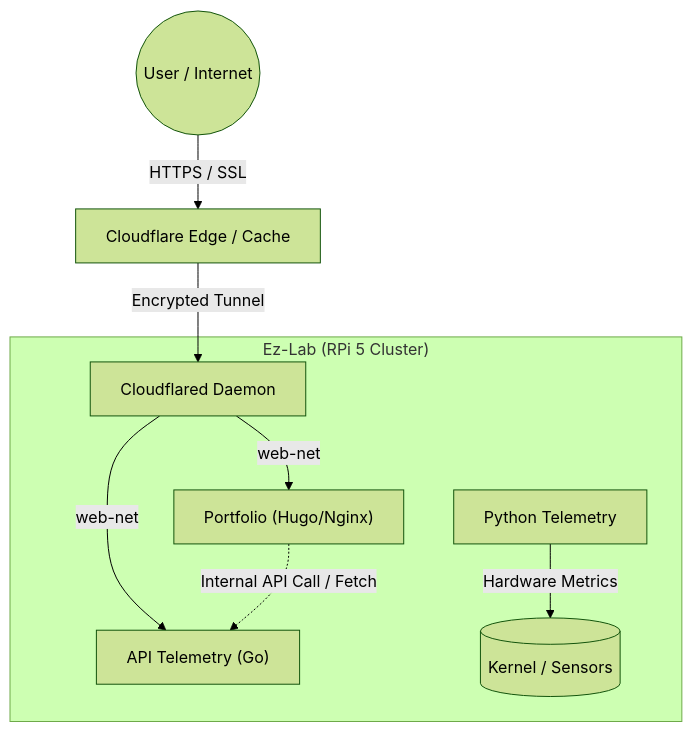
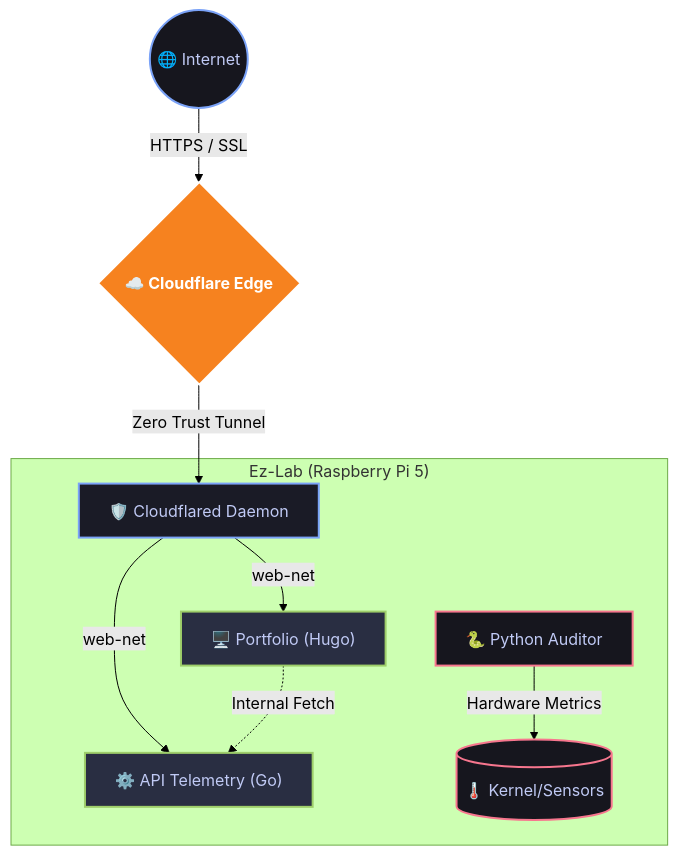
One commit to ezequieldlv/portfolio-sre changed the diagram in frontend/content/projects.md. Above: the diagram before and after it, drawn with Mermaid (forest theme). The commit also changed other lines of this file and 10 other files, not shown here.

Commit message:
feat: implement mermaid.js dynamic rendering

````diff
--- a/frontend/content/projects.md
+++ b/frontend/content/projects.md
@@ -85,14 +94,21 @@
-```mermaid
+<pre class="mermaid">
 graph TD
-    User((User / Internet)) -->|HTTPS / SSL| Cloudflare[Cloudflare Edge / Cache]
-    Cloudflare -->|Encrypted Tunnel| Cloudflared[Cloudflared Daemon]
+    %% Definición de colores (Estilo Tokyo Night + Cloudflare)
+    classDef user fill:#16161e,stroke:#7aa2f7,stroke-width:2px,color:#c0caf5
+    classDef cf fill:#f6821f,stroke:#fff,stroke-width:2px,color:#fff,font-weight:bold
+    classDef daemon fill:#1a1b26,stroke:#7aa2f7,stroke-width:2px,color:#c0caf5
+    classDef app fill:#292e42,stroke:#9ece6a,stroke-width:2px,color:#c0caf5
+    classDef hardware fill:#16161e,stroke:#f7768e,stroke-width:2px,color:#c0caf5
+
+    User((🌐 Internet)):::user -->|HTTPS / SSL| Cloudflare{☁️ Cloudflare Edge}:::cf
+    Cloudflare -->|Zero Trust Tunnel| Cloudflared[🛡️ Cloudflared Daemon]:::daemon
     
-    subgraph "Ez-Lab (RPi 5 Cluster)"
-        Cloudflared -->|web-net| Frontend["Portfolio (Hugo/Nginx)"]
-        Cloudflared -->|web-net| Backend["API Telemetry (Go)"]
+    subgraph "Ez-Lab (Raspberry Pi 5)"
+        Cloudflared -->|web-net| Frontend["🖥️ Portfolio (Hugo)"]:::app
+        Cloudflared -->|web-net| Backend["⚙️ API Telemetry (Go)"]:::app
         
-        Frontend -.->|Internal API Call / Fetch| Backend
+        Frontend -.->|Internal Fetch| Backend
         
-        Auditor[Python Telemetry] -->|Hardware Metrics| OS[("Kernel / Sensors")]
+        Auditor["🐍 Python Auditor"]:::hardware -->|Hardware Metrics| OS[("🌡️ Kernel/Sensors")]:::hardware
     end
-```
+</pre>
````
